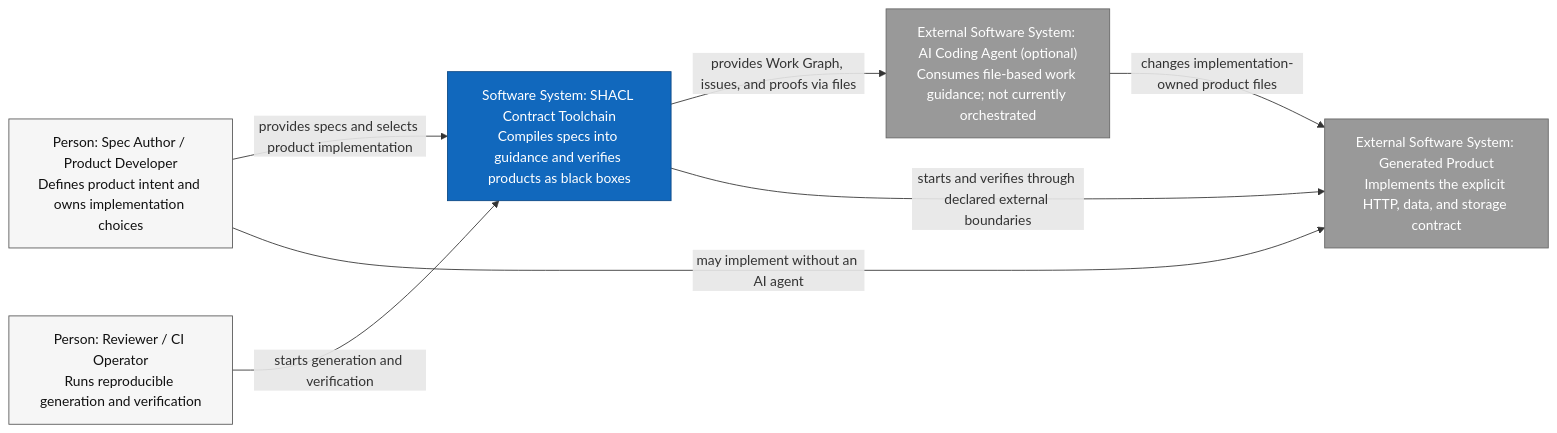
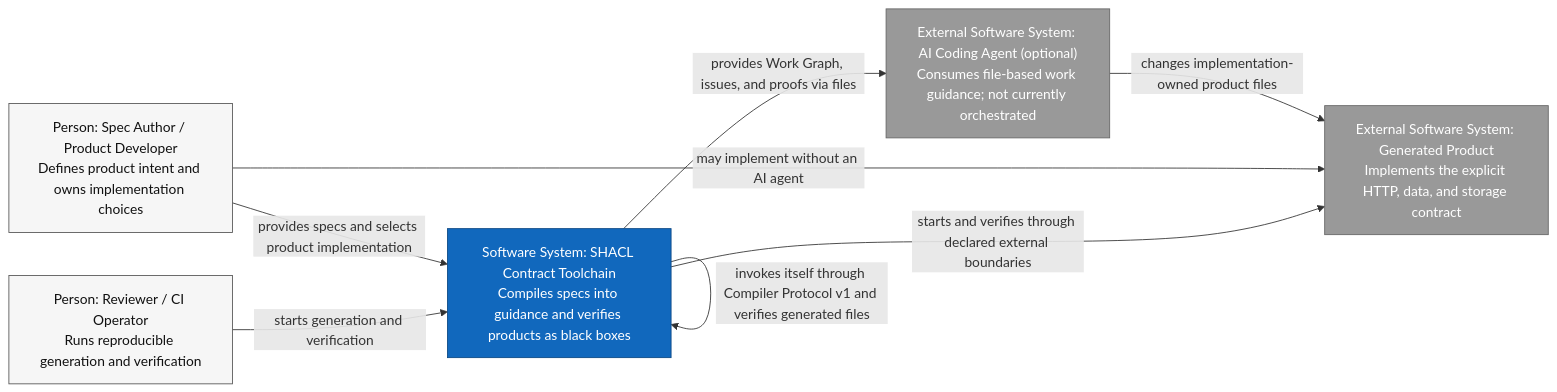
One commit to arturmiller/spec-compiler changed the first of 5 diagrams in docs/architecture/c4.md. Above: the diagram before and after it, drawn with Mermaid. The commit also changed other lines of this file and 19 other files, not shown here.

````diff
--- a/docs/architecture/c4.md
+++ b/docs/architecture/c4.md
@@ -20,22 +21,23 @@
 ```mermaid
 flowchart LR
     author["Person: Spec Author / Product Developer<br/>Defines product intent and owns implementation choices"]
     reviewer["Person: Reviewer / CI Operator<br/>Runs reproducible generation and verification"]
     tool["Software System: SHACL Contract Toolchain<br/>Compiles specs into guidance and verifies products as black boxes"]
     agent["External Software System: AI Coding Agent (optional)<br/>Consumes file-based work guidance; not currently orchestrated"]
     product["External Software System: Generated Product<br/>Implements the explicit HTTP, data, and storage contract"]
 
     author -->|"provides specs and selects product implementation"| tool
     reviewer -->|"starts generation and verification"| tool
     tool -->|"provides Work Graph, issues, and proofs via files"| agent
     agent -->|"changes implementation-owned product files"| product
     author -->|"may implement without an AI agent"| product
     tool -->|"starts and verifies through declared external boundaries"| product
+    tool -->|"invokes itself through Compiler Protocol v1 and verifies generated files"| tool
 
     classDef person fill:#f6f6f6,stroke:#555,color:#111;
     classDef system fill:#1168bd,stroke:#0b4884,color:#fff;
     classDef external fill:#999,stroke:#666,color:#fff;
     class author,reviewer person;
     class tool system;
     class agent,product external;
 ```
````
